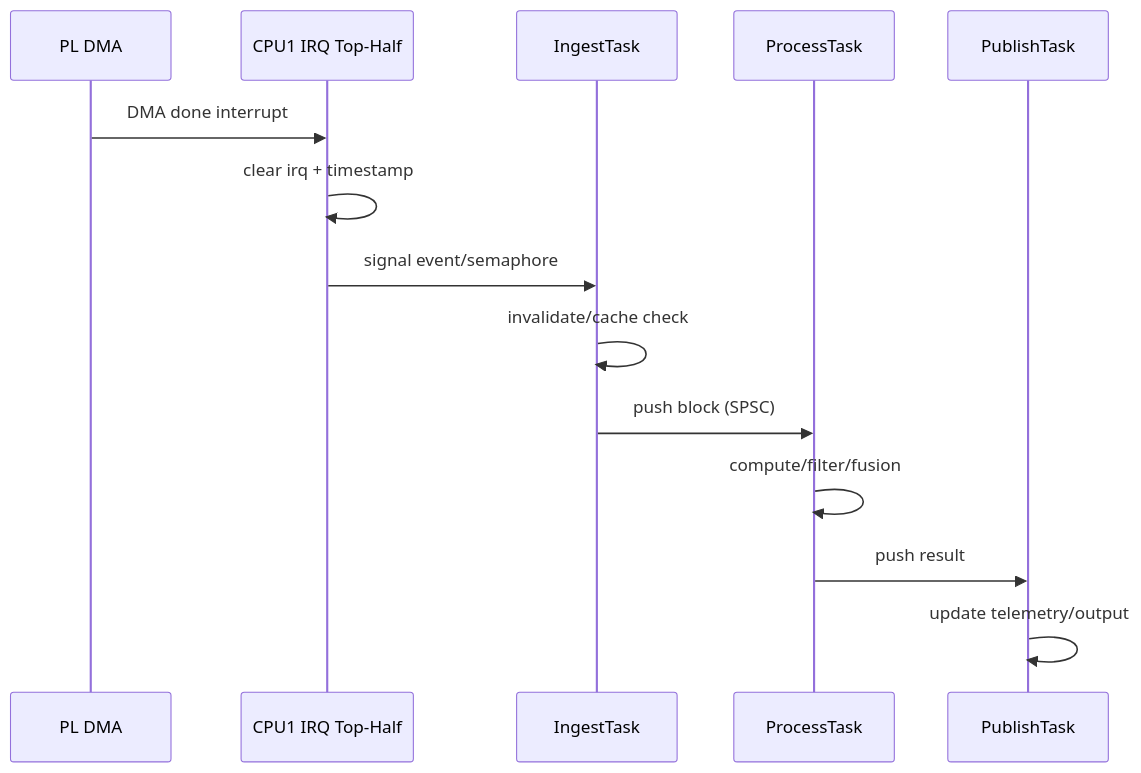
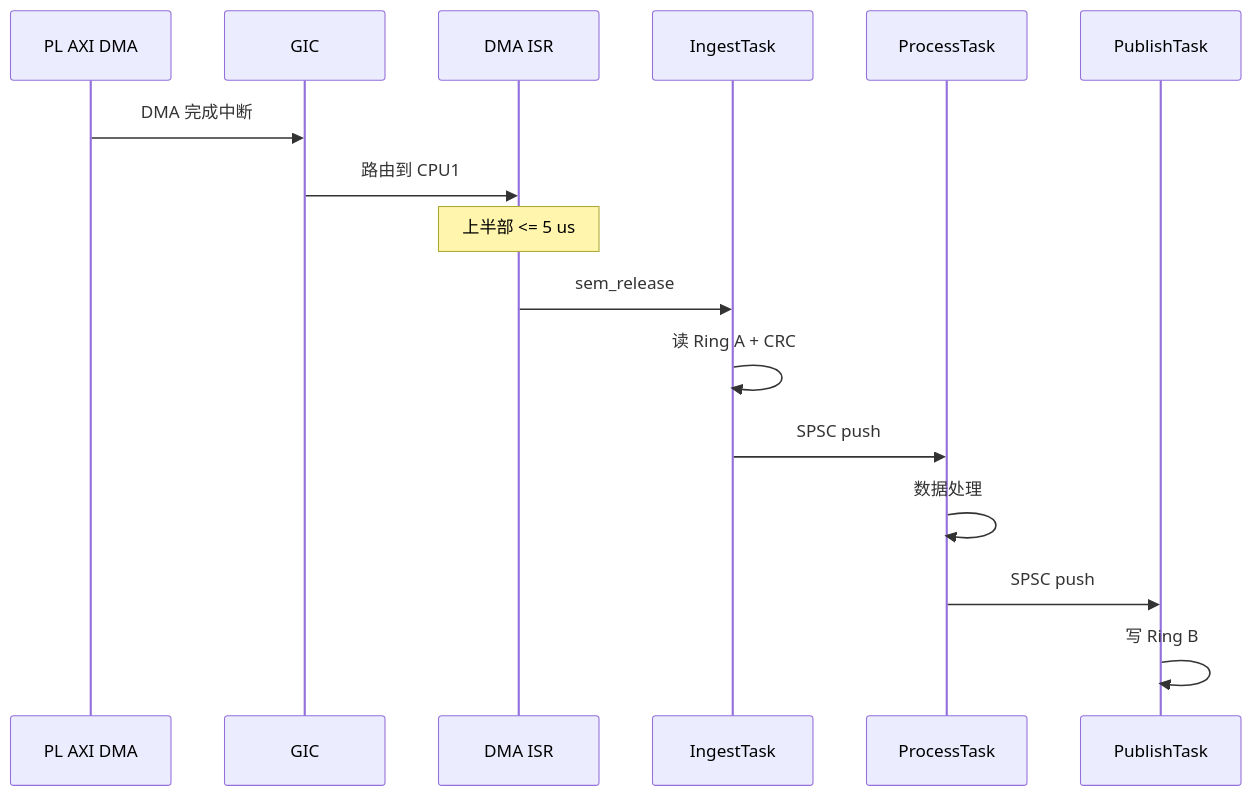
Before and after one commit to DeguiLiu/tech-notes: the second of 5 diagrams in architecture/zynq7000_rtthread_mmu_smp.md, drawn with Mermaid. The commit also changed other lines of this file and 10 other files, not shown here.

First line of the commit message:
docs: rewrite architecture articles + add newosp GitHub links

````diff
--- a/architecture/zynq7000_rtthread_mmu_smp.md
+++ b/architecture/zynq7000_rtthread_mmu_smp.md
@@ -105,17 +165,19 @@
 ```mermaid
 sequenceDiagram
-	participant PL as PL DMA
-	participant IRQ as CPU1 IRQ Top-Half
-	participant I as IngestTask
-	participant P as ProcessTask
-	participant U as PublishTask
+    participant PL as PL AXI DMA
+    participant GIC as GIC
+    participant ISR as DMA ISR
+    participant I as IngestTask
+    participant P as ProcessTask
+    participant U as PublishTask
 
-	PL->>IRQ: DMA done interrupt
-	IRQ->>IRQ: clear irq + timestamp
-	IRQ->>I: signal event/semaphore
-	I->>I: invalidate/cache check
-	I->>P: push block (SPSC)
-	P->>P: compute/filter/fusion
-	P->>U: push result
-	U->>U: update telemetry/output
+    PL->>GIC: DMA 完成中断
+    GIC->>ISR: 路由到 CPU1
+    Note over ISR: 上半部 <= 5 us
+    ISR->>I: sem_release
+    I->>I: 读 Ring A + CRC
+    I->>P: SPSC push
+    P->>P: 数据处理
+    P->>U: SPSC push
+    U->>U: 写 Ring B
 ```
````
